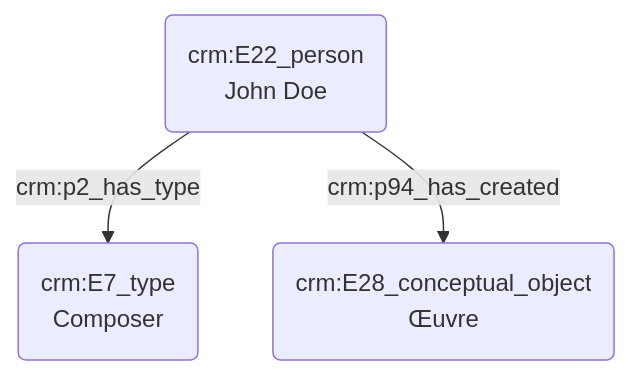
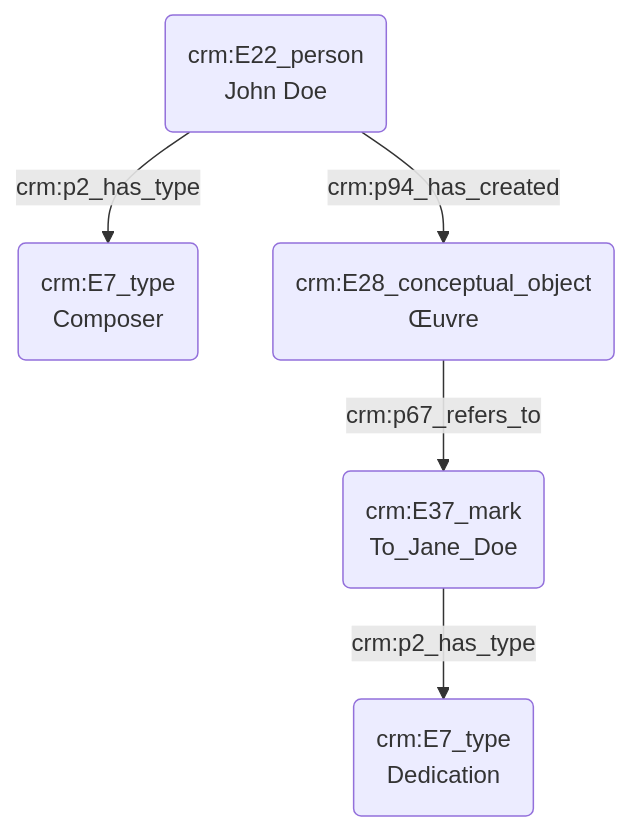
The diagram in modules/livrables/Dossier 2/Indexation conceptuelle/dédicataire d'une œuvre.md (Amleth/consortium-musica2-gt2-ontologies), drawn with Mermaid before and after one commit.

Commit message:
Update dédicataire d'une œuvre.md

````diff
--- a/modules/livrables/Dossier 2/Indexation conceptuelle/dédicataire d'une œuvre.md
+++ b/modules/livrables/Dossier 2/Indexation conceptuelle/dédicataire d'une œuvre.md
@@ -13,7 +13,9 @@
 ```mermaid
 graph TD;
 
 A(crm:E22_person<br>John Doe) --> |crm:p2_has_type| B(crm:E7_type<br>Composer)
 A(crm:E22_person<br>John Doe) --> |crm:p94_has_created| C(crm:E28_conceptual_object<br>Œuvre)
+C(crm:E28_conceptual_object<br>Œuvre) --> |crm:p67_refers_to| D(crm:E37_mark<br>To_Jane_Doe)
+D(crm:E37_mark<br>To_Jane_Doe) --> |crm:p2_has_type| E(crm:E7_type<br>Dedication)
 
 ```
````
